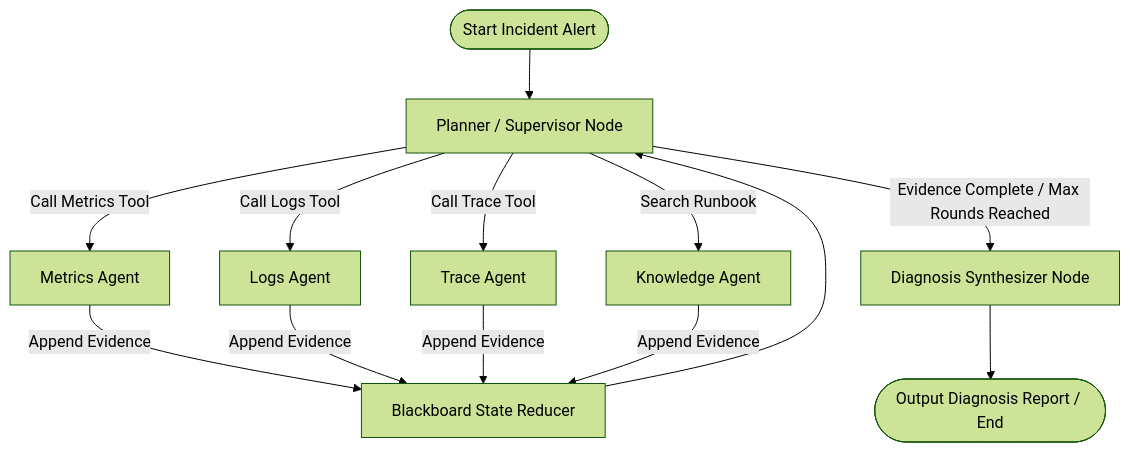
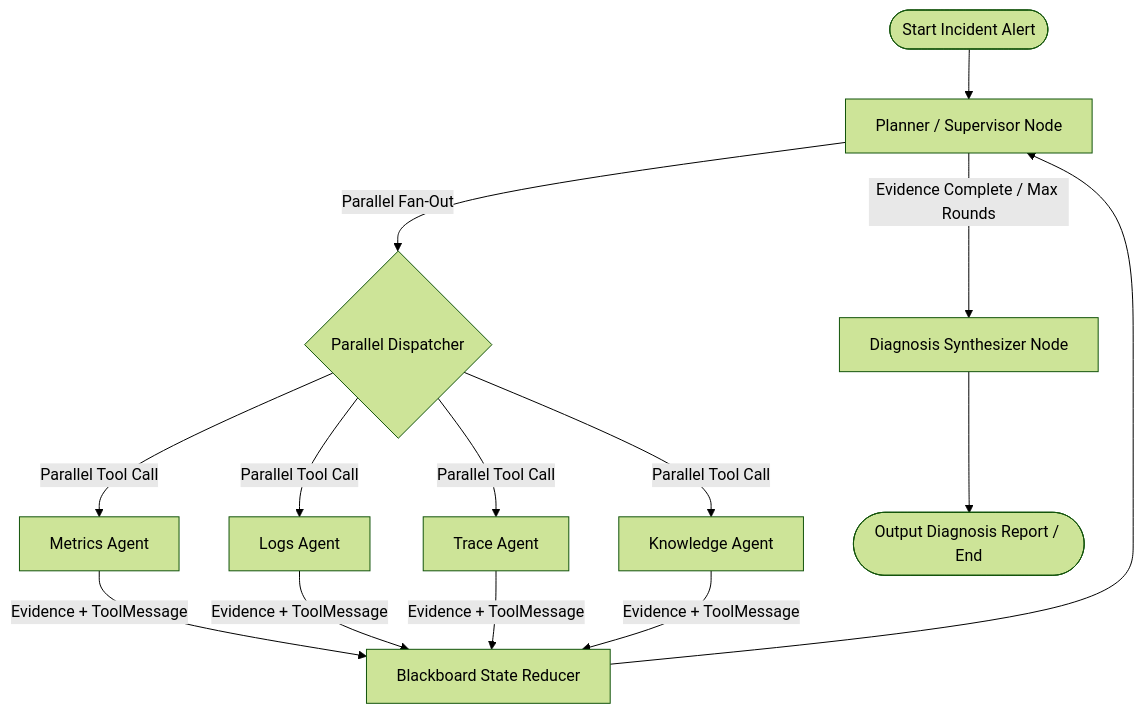
The diagram in docs/superpowers/specs/2026-07-24-langgraph-agent-runtime-design.md (toddlerya/Diting), drawn with Mermaid (forest theme) before and after one commit. The commit also changed other lines of this file, not shown here.

Commit message:
docs: update Day 5 spec design with parallel dispatch, ToolMessage binding and checkpointer

````diff
--- a/docs/superpowers/specs/2026-07-24-langgraph-agent-runtime-design.md
+++ b/docs/superpowers/specs/2026-07-24-langgraph-agent-runtime-design.md
@@ -19,19 +30,21 @@
 ```mermaid
 graph TD
     Start([Start Incident Alert]) --> Supervisor[Planner / Supervisor Node]
     
-    Supervisor -->|Call Metrics Tool| MetricsNode[Metrics Agent]
-    Supervisor -->|Call Logs Tool| LogsNode[Logs Agent]
-    Supervisor -->|Call Trace Tool| TraceNode[Trace Agent]
-    Supervisor -->|Search Runbook| KnowledgeNode[Knowledge Agent]
+    Supervisor -->|Parallel Fan-Out| Dispatcher{Parallel Dispatcher}
     
-    MetricsNode -->|Append Evidence| Blackboard[Blackboard State Reducer]
-    LogsNode -->|Append Evidence| Blackboard
-    TraceNode -->|Append Evidence| Blackboard
-    KnowledgeNode -->|Append Evidence| Blackboard
+    Dispatcher -->|Parallel Tool Call| MetricsNode[Metrics Agent]
+    Dispatcher -->|Parallel Tool Call| LogsNode[Logs Agent]
+    Dispatcher -->|Parallel Tool Call| TraceNode[Trace Agent]
+    Dispatcher -->|Parallel Tool Call| KnowledgeNode[Knowledge Agent]
+    
+    MetricsNode -->|Evidence + ToolMessage| Blackboard[Blackboard State Reducer]
+    LogsNode -->|Evidence + ToolMessage| Blackboard
+    TraceNode -->|Evidence + ToolMessage| Blackboard
+    KnowledgeNode -->|Evidence + ToolMessage| Blackboard
     
     Blackboard --> Supervisor
     
-    Supervisor -->|Evidence Complete / Max Rounds Reached| Synthesizer[Diagnosis Synthesizer Node]
+    Supervisor -->|Evidence Complete / Max Rounds| Synthesizer[Diagnosis Synthesizer Node]
     Synthesizer --> Finish([Output Diagnosis Report / End])
 ```
````
